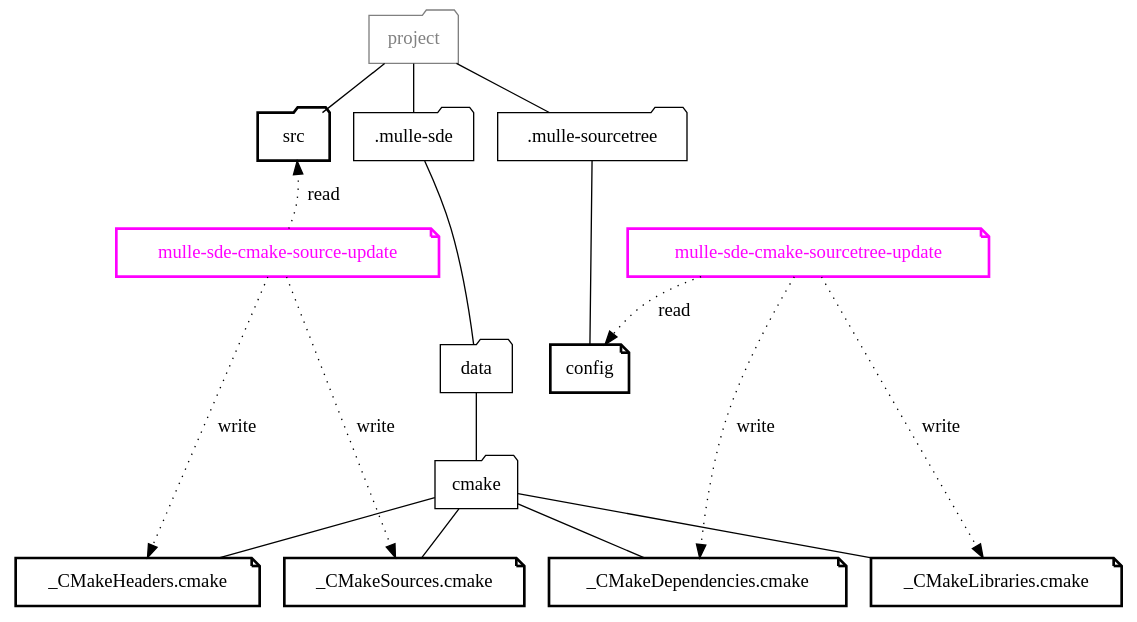
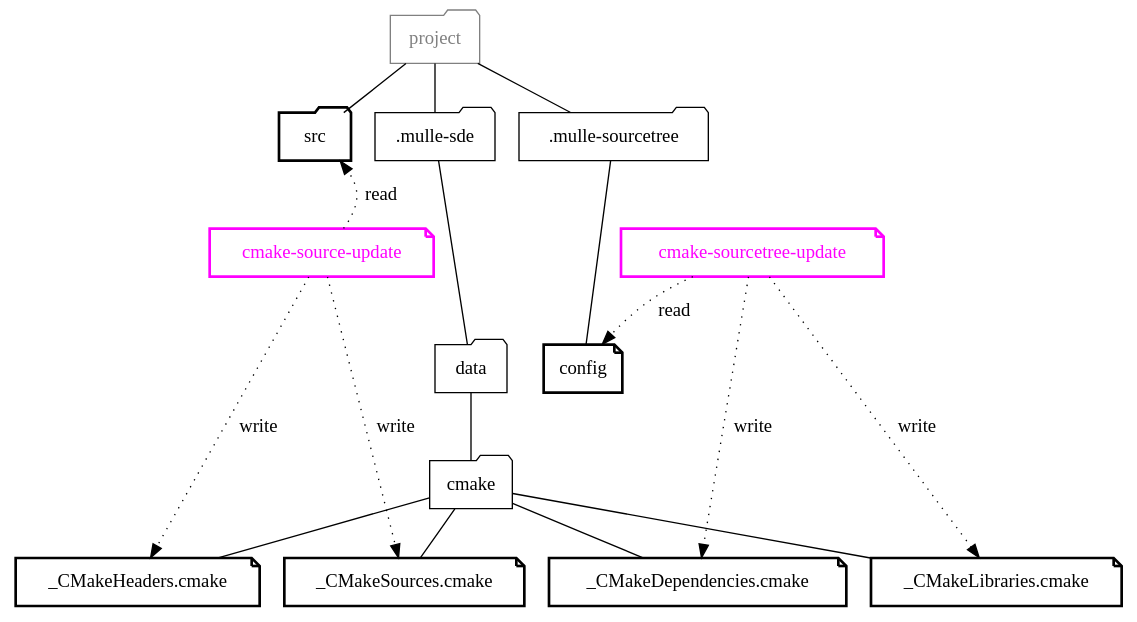
Before and after one commit to mulle-sde/mulle-sde-developer: the diagram in dox/mulle-sde-update-fs.dot, drawn with Graphviz. The commit also changed 9 other files, not shown here.

```diff
--- a/dox/mulle-sde-update-fs.dot
+++ b/dox/mulle-sde-update-fs.dot
@@ -1,63 +1,63 @@
 digraph G {
     graph [rankdir = TD];
 
     node[ shape="folder"] ;
 
     "project"          [ color="gray", fontcolor="gray" ]
 
     "src"  [ penwidth="2"]
     "data"
     "cmake"
     ".mulle-sde"
     ".mulle-sourcetree"
 
     node[ shape="note", penwidth="2"]
 
     "config"
     "_CMakeHeaders.cmake"
     "_CMakeSources.cmake"
     "_CMakeDependencies.cmake"
     "_CMakeLibraries.cmake"
 
     { rank = same;  "project" };
     { rank = same;  "src", ".mulle-sde", ".mulle-sourcetree" }
     { rank = same;  "data", "config" }
     { rank = same;  "cmake" }
     { rank = same;  "_CMakeHeaders.cmake","_CMakeSources.cmake",
                     "_CMakeDependencies.cmake","_CMakeLibraries.cmake"  }
 
 
     edge [ arrowhead="none", color="black", style="" ]
 
     ".mulle-sourcetree" -> "config"
     "project" -> "src"
     "project" -> ".mulle-sourcetree"
     "project" -> ".mulle-sde"
     ".mulle-sde" -> "data"
     "data"    -> "cmake"
 
     "cmake" -> "_CMakeHeaders.cmake"
     "cmake" -> "_CMakeSources.cmake"
     "cmake" -> "_CMakeDependencies.cmake"
     "cmake" -> "_CMakeLibraries.cmake"
 
     edge [ arrowhead="", style="dotted", label=" write"]
 
-    "mulle-sde-cmake-source-update"     -> "_CMakeHeaders.cmake"
-    "mulle-sde-cmake-source-update"     -> "_CMakeSources.cmake"
-    "mulle-sde-cmake-sourcetree-update" -> "_CMakeDependencies.cmake"
-    "mulle-sde-cmake-sourcetree-update" -> "_CMakeLibraries.cmake"
+    "cmake-source-update"     -> "_CMakeHeaders.cmake"
+    "cmake-source-update"     -> "_CMakeSources.cmake"
+    "cmake-sourcetree-update" -> "_CMakeDependencies.cmake"
+    "cmake-sourcetree-update" -> "_CMakeLibraries.cmake"
 
-    "mulle-sde-cmake-source-update"     [ color="magenta", fontcolor="magenta" ]
-    "mulle-sde-cmake-sourcetree-update" [ color="magenta", fontcolor="magenta" ]
+    "cmake-source-update"     [ color="magenta", fontcolor="magenta" ]
+    "cmake-sourcetree-update" [ color="magenta", fontcolor="magenta" ]
 
-    "src"    -> "mulle-sde-cmake-source-update"     [ style="invis"]
-    "config" -> "mulle-sde-cmake-source-update"  [ style="invis"]
+    "src"    -> "cmake-source-update"     [ style="invis"]
+    "config" -> "cmake-source-update"  [ style="invis"]
 
     edge [ arrowhead="", style="dotted", label=" read"]
 
-    "mulle-sde-cmake-source-update"     -> "src"
-    "mulle-sde-cmake-sourcetree-update" -> "config"
+    "cmake-source-update"     -> "src"
+    "cmake-sourcetree-update" -> "config"
 
-    { rank = same;  "mulle-sde-cmake-source-update", "mulle-sde-cmake-sourcetree-update"  };
+    { rank = same;  "cmake-source-update", "cmake-sourcetree-update"  };
 }
```
